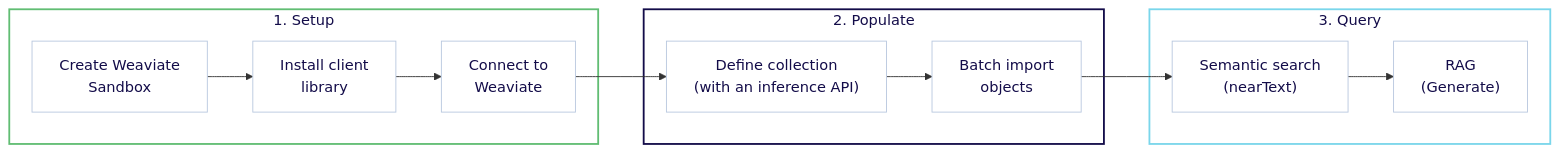
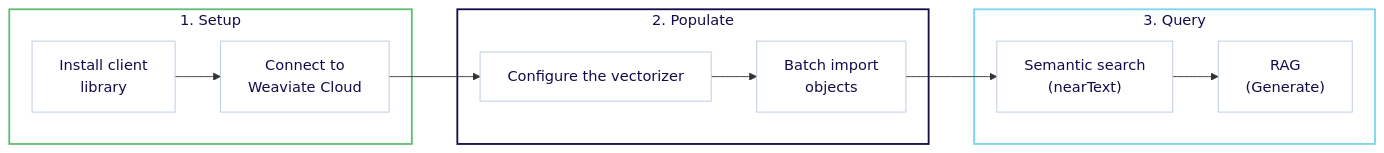
The diagram in developers/wcs/embeddings/quickstart.md (weaviate/weaviate-io), drawn with Mermaid before and after one commit. The commit also changed other lines of this file and 8 other files, not shown here.

````diff
--- a/developers/wcs/embeddings/quickstart.md
+++ b/developers/wcs/embeddings/quickstart.md
@@ -32,41 +32,38 @@
 ```mermaid
 flowchart LR
     %% Define nodes with white backgrounds and darker borders
-    A1["Create Weaviate\nSandbox"] --> A2["Install client\nlibrary"]
-    A2 --> A3["Connect to\nWeaviate"]
-    A3 --> B1["Define collection\n(with an inference API)"]
+    A1["Install client\nlibrary"] --> A2["Connect to\nWeaviate Cloud"]
+    A2 --> B1["Configure the vectorizer"]
     B1 --> B2["Batch import\nobjects"]
     B2 --> C1["Semantic search\n(nearText)"]
     C1 --> C2["RAG\n(Generate)"]
 
     %% Group nodes in subgraphs with brand colors
     subgraph sg1 ["1. Setup"]
         A1
         A2
-        A3
     end
 
     subgraph sg2 ["2. Populate"]
         B1
         B2
     end
 
     subgraph sg3 ["3. Query"]
         C1
         C2
     end
 
     %% Style nodes with white background and darker borders
     style A1 fill:#ffffff,stroke:#B9C8DF,color:#130C49
     style A2 fill:#ffffff,stroke:#B9C8DF,color:#130C49
-    style A3 fill:#ffffff,stroke:#B9C8DF,color:#130C49
     style B1 fill:#ffffff,stroke:#B9C8DF,color:#130C49
     style B2 fill:#ffffff,stroke:#B9C8DF,color:#130C49
     style C1 fill:#ffffff,stroke:#B9C8DF,color:#130C49
     style C2 fill:#ffffff,stroke:#B9C8DF,color:#130C49
 
     %% Style subgraphs with brand colors
     style sg1 fill:#ffffff,stroke:#61BD73,stroke-width:2px,color:#130C49
     style sg2 fill:#ffffff,stroke:#130C49,stroke-width:2px,color:#130C49
     style sg3 fill:#ffffff,stroke:#7AD6EB,stroke-width:2px,color:#130C49
 ```
````
